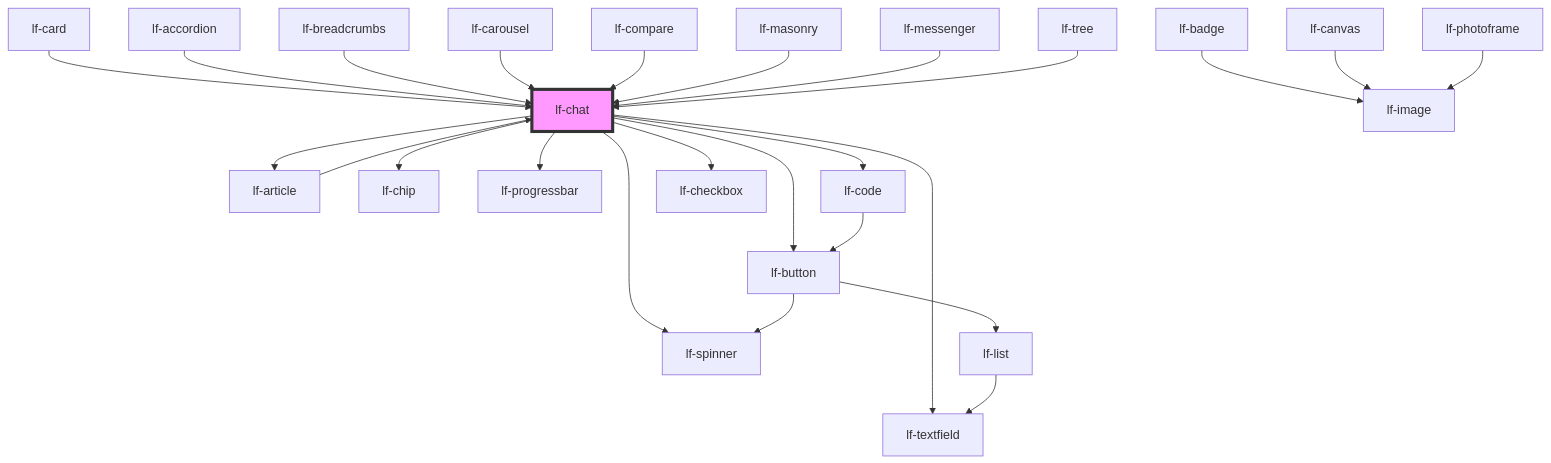
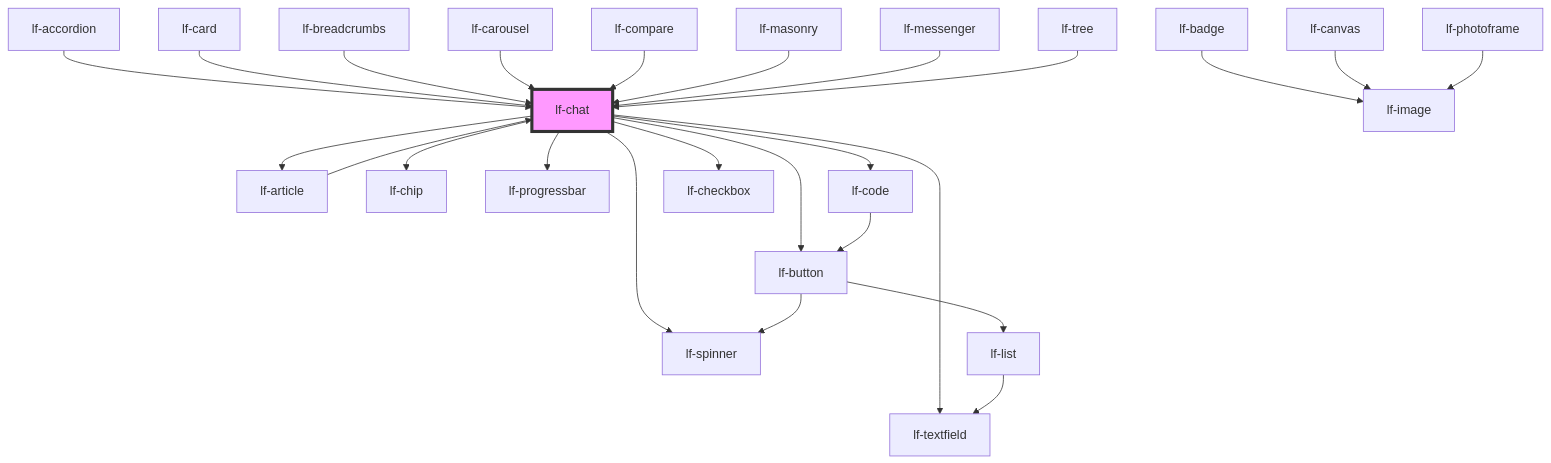
One commit to lucafoscili/lf-widgets changed the diagram in packages/core/src/components/lf-chat/readme.md. Above: the diagram before and after it, drawn with Mermaid. The commit also changed other lines of this file and 23 other files, not shown here.

````diff
--- a/packages/core/src/components/lf-chat/readme.md
+++ b/packages/core/src/components/lf-chat/readme.md
@@ -274,28 +274,28 @@
 ```mermaid
 graph TD;
   lf-chat --> lf-spinner
   lf-chat --> lf-article
   lf-chat --> lf-button
   lf-chat --> lf-chip
   lf-chat --> lf-textfield
   lf-chat --> lf-progressbar
   lf-chat --> lf-code
   lf-chat --> lf-checkbox
   lf-article --> lf-chat
+  lf-accordion --> lf-chat
   lf-badge --> lf-image
   lf-button --> lf-list
   lf-button --> lf-spinner
   lf-list --> lf-textfield
   lf-canvas --> lf-image
   lf-card --> lf-chat
   lf-code --> lf-button
   lf-photoframe --> lf-image
-  lf-accordion --> lf-chat
   lf-breadcrumbs --> lf-chat
   lf-carousel --> lf-chat
   lf-compare --> lf-chat
   lf-masonry --> lf-chat
   lf-messenger --> lf-chat
   lf-tree --> lf-chat
   style lf-chat fill:#f9f,stroke:#333,stroke-width:4px
 ```
````
